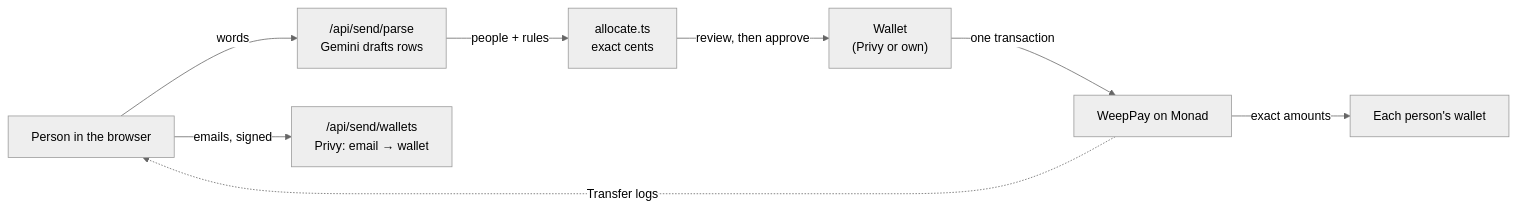
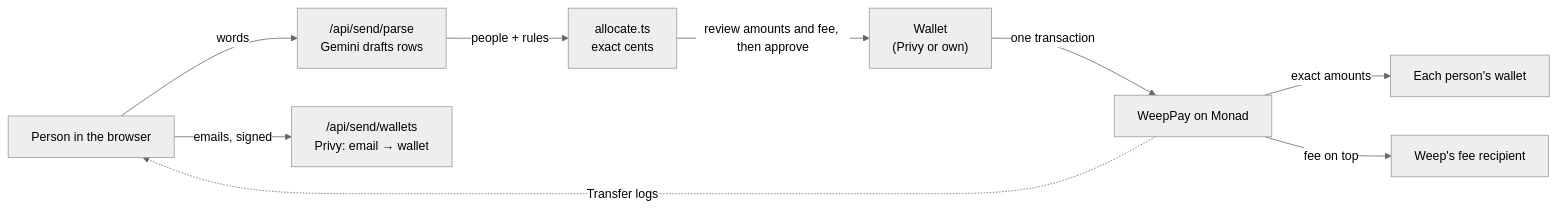
Before and after one commit to Joseph-hackathon/Weep-Protocol: the diagram in README.md, drawn with Mermaid (neutral theme). The commit also changed other lines of this file and 43 other files, not shown here.

````diff
--- a/README.md
+++ b/README.md
@@ -70,10 +96,11 @@
 ```mermaid
 flowchart LR
   U["Person in the browser"] -->|"words"| P["/api/send/parse<br/>Gemini drafts rows"]
   P -->|"people + rules"| A["allocate.ts<br/>exact cents"]
-  A -->|"review, then approve"| W["Wallet<br/>(Privy or own)"]
+  A -->|"review amounts and fee, then approve"| W["Wallet<br/>(Privy or own)"]
   U -->|"emails, signed"| L["/api/send/wallets<br/>Privy: email → wallet"]
   W -->|"one transaction"| C["WeepPay on Monad"]
   C -->|"exact amounts"| R["Each person's wallet"]
+  C -->|"fee on top"| F["Weep's fee recipient"]
   C -.->|"Transfer logs"| U
 ```
````
